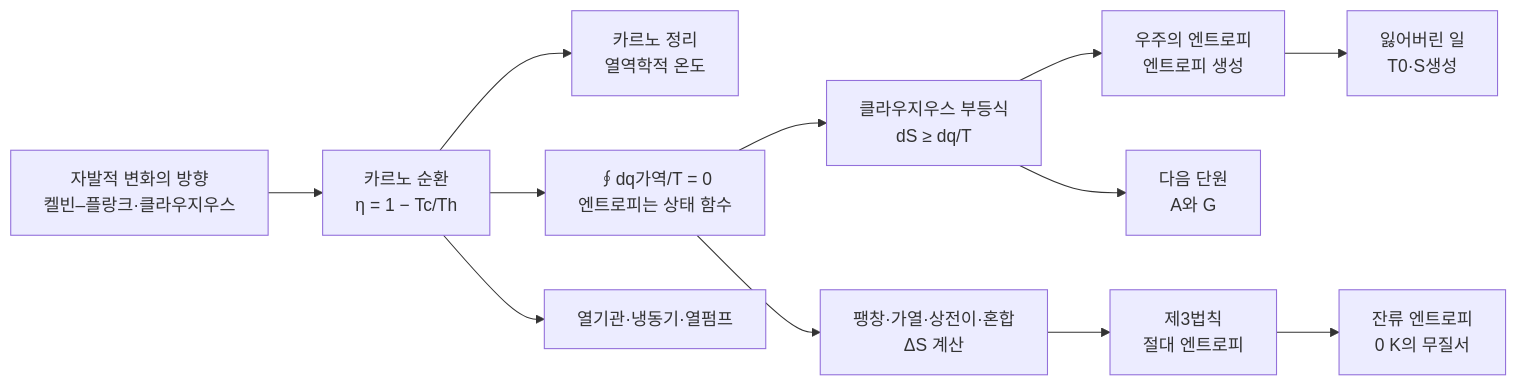
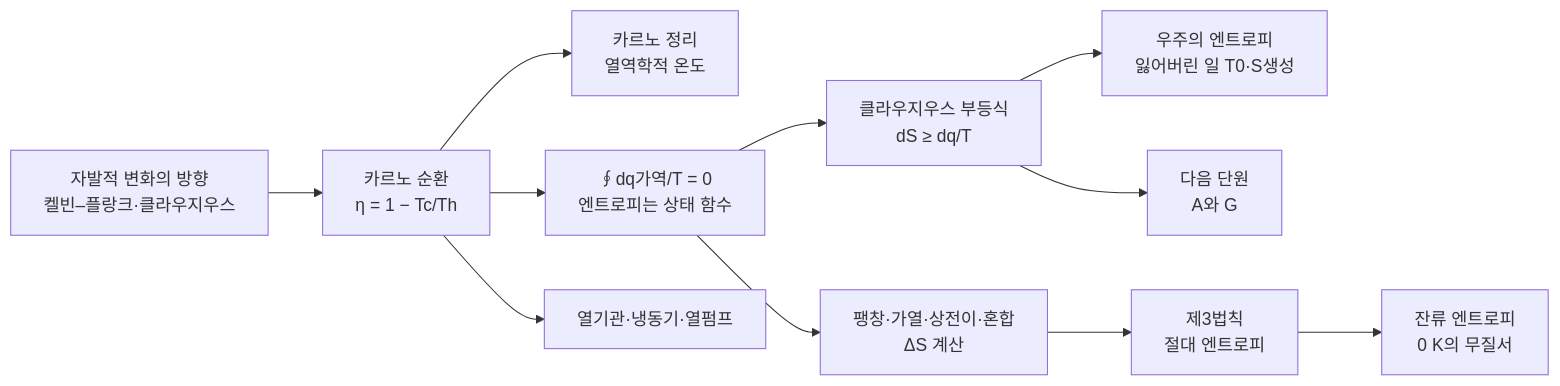
One commit to EricKOR1/sciencebook changed the diagram in 대학_전공과정/물리화학/pchem-2_열역학_제2_3법칙과_엔트로피.md. Above: the diagram before and after it, drawn with Mermaid. The commit also changed other lines of this file and 3 other files, not shown here.

````diff
--- a/대학_전공과정/물리화학/pchem-2_열역학_제2_3법칙과_엔트로피.md
+++ b/대학_전공과정/물리화학/pchem-2_열역학_제2_3법칙과_엔트로피.md
@@ -46,14 +46,13 @@
 ```mermaid
 flowchart LR
     A["자발적 변화의 방향<br/>켈빈–플랑크·클라우지우스"] --> B["카르노 순환<br/>η = 1 − Tc/Th"]
     B --> C["카르노 정리<br/>열역학적 온도"]
     B --> D["∮dq가역/T = 0<br/>엔트로피는 상태 함수"]
     D --> E["클라우지우스 부등식<br/>dS ≥ dq/T"]
-    E --> F["우주의 엔트로피<br/>엔트로피 생성"]
+    E --> F["우주의 엔트로피<br/>잃어버린 일 T0·S생성"]
     D --> G["팽창·가열·상전이·혼합<br/>ΔS 계산"]
     G --> H["제3법칙<br/>절대 엔트로피"]
     H --> I["잔류 엔트로피<br/>0 K의 무질서"]
-    F --> J["잃어버린 일<br/>T0·S생성"]
     B --> K["열기관·냉동기·열펌프"]
     E --> L["다음 단원<br/>A와 G"]
 ```
````
